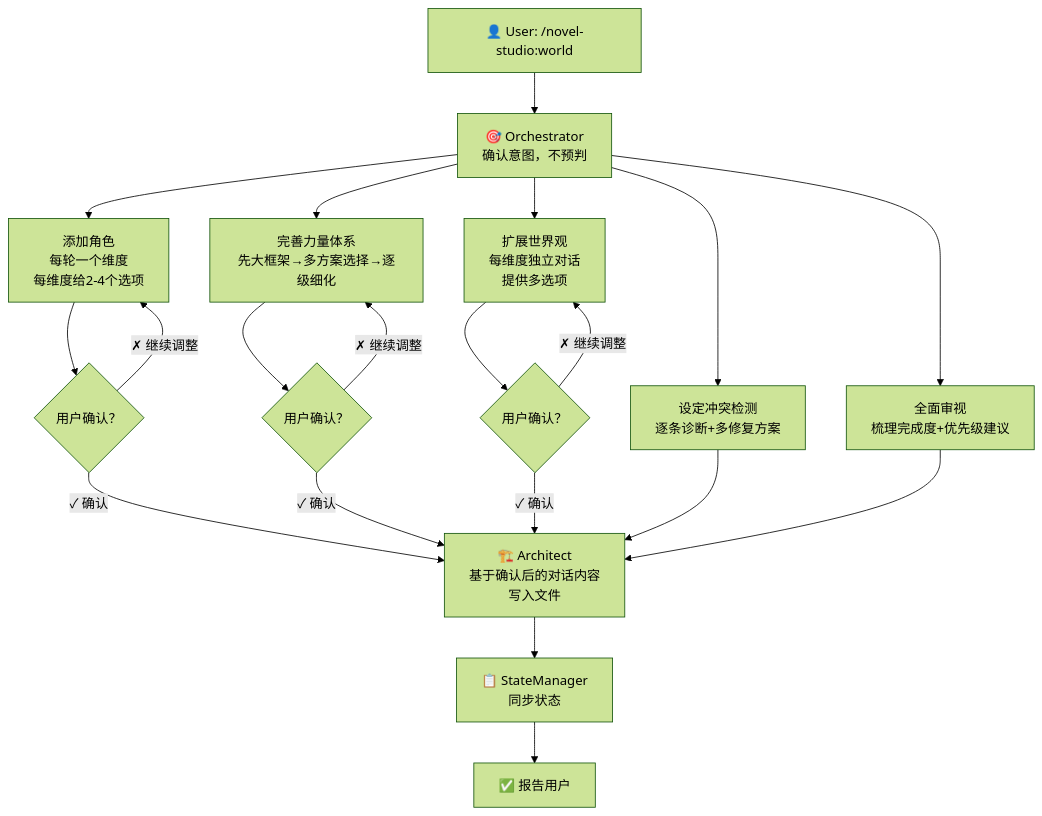
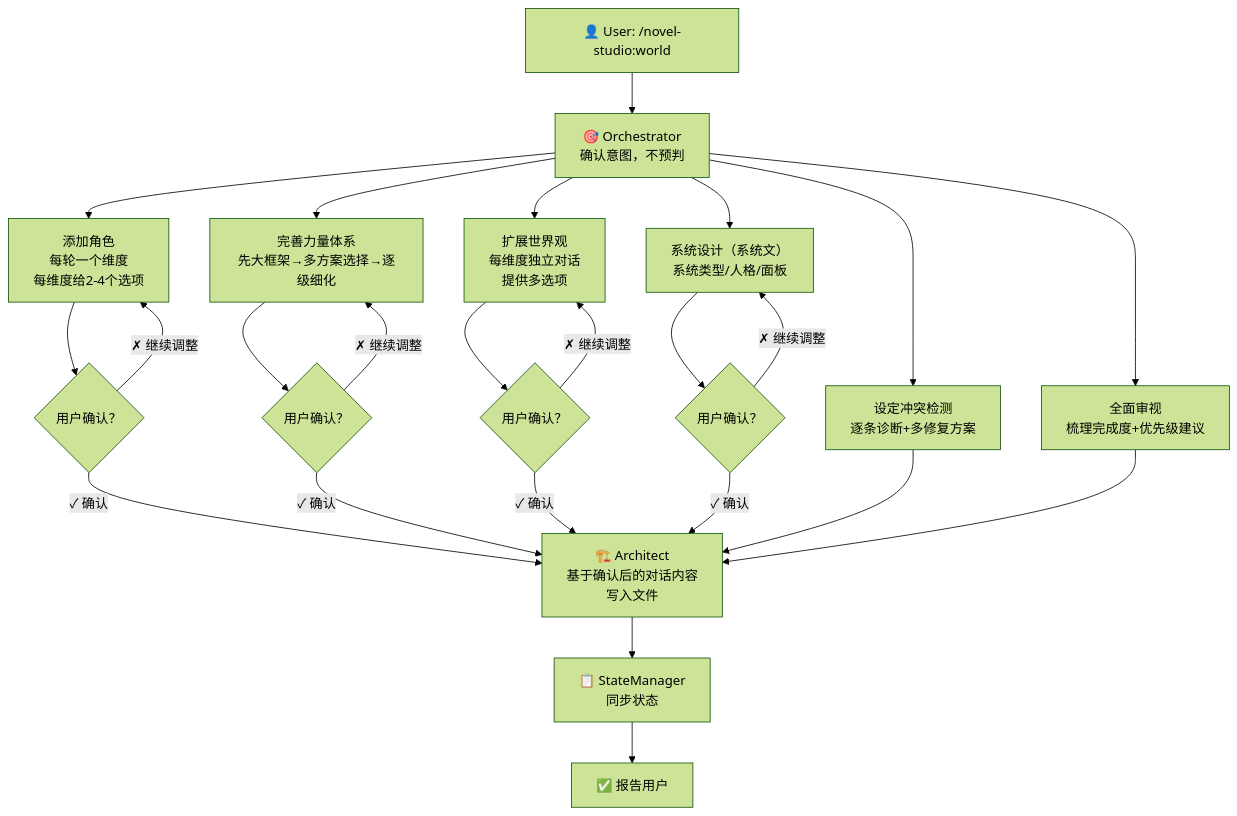
Before and after one commit to deathwhispers/novel-studio: the diagram in workflows/worldbuilding.md, drawn with Mermaid (forest theme). The commit also changed other lines of this file and 12 other files, not shown here.

````diff
--- a/workflows/worldbuilding.md
+++ b/workflows/worldbuilding.md
@@ -11,32 +11,36 @@
 ```mermaid
 flowchart TD
     User["👤 User: /novel-studio:world"]
     Orchestrator["🎯 Orchestrator<br/>确认意图，不预判"]
 
     User --> Orchestrator
 
     Orchestrator --> AddChar["添加角色<br/>每轮一个维度<br/>每维度给2-4个选项"]
     Orchestrator --> PowerSys["完善力量体系<br/>先大框架→多方案选择→逐级细化"]
     Orchestrator --> WorldExp["扩展世界观<br/>每维度独立对话<br/>提供多选项"]
     Orchestrator --> FixConflict["设定冲突检测<br/>逐条诊断+多修复方案"]
     Orchestrator --> Review["全面审视<br/>梳理完成度+优先级建议"]
+    Orchestrator --> SysDesign["系统设计（系统文）<br/>系统类型/人格/面板"]
 
     AddChar --> Confirm{"用户确认？"}
     Confirm -->|"✗ 继续调整"| AddChar
     Confirm -->|"✓ 确认"| Architect
     PowerSys --> Confirm2{"用户确认？"}
     Confirm2 -->|"✗ 继续调整"| PowerSys
     Confirm2 -->|"✓ 确认"| Architect
     WorldExp --> Confirm3{"用户确认？"}
     Confirm3 -->|"✗ 继续调整"| WorldExp
     Confirm3 -->|"✓ 确认"| Architect
+    SysDesign --> Confirm4{"用户确认？"}
+    Confirm4 -->|"✗ 继续调整"| SysDesign
+    Confirm4 -->|"✓ 确认"| Architect
     FixConflict --> Architect
     Review --> Architect
 
     Architect["🏗️ Architect<br/>基于确认后的对话内容<br/>写入文件"]
     StateManager["📋 StateManager<br/>同步状态"]
     Done["✅ 报告用户"]
 
     Architect --> StateManager
     StateManager --> Done
 ```
````
